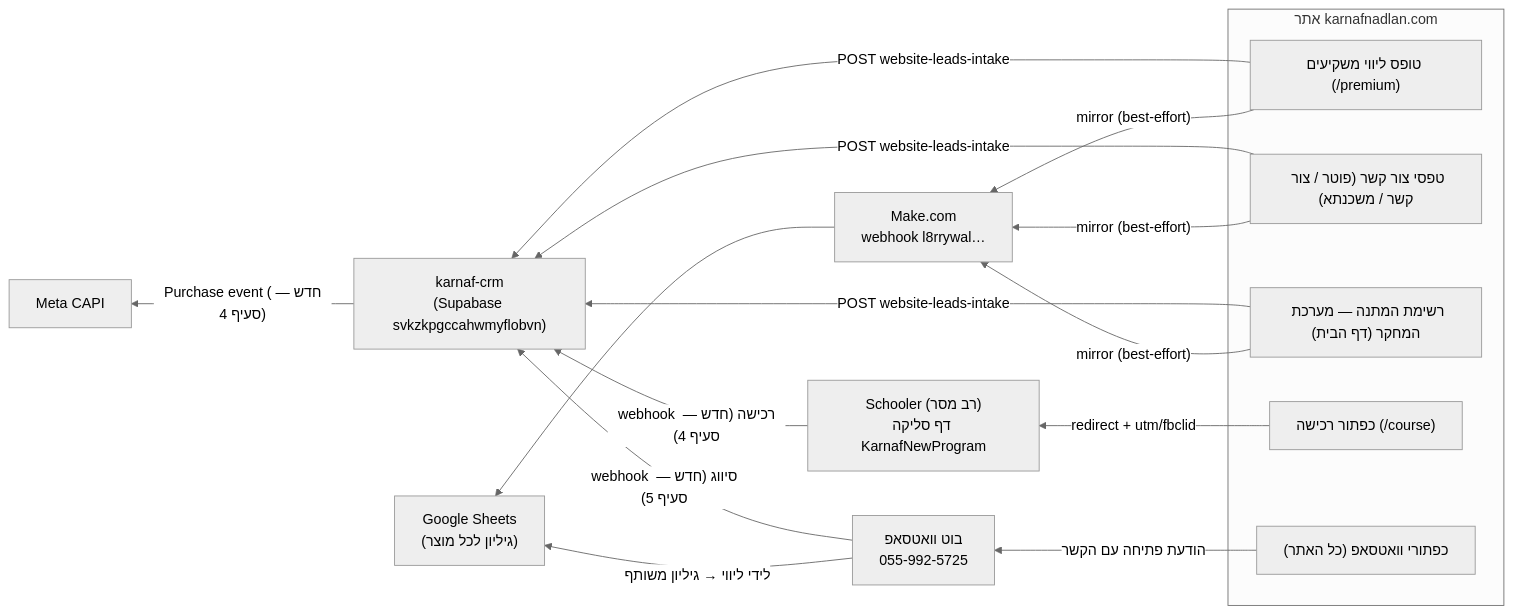
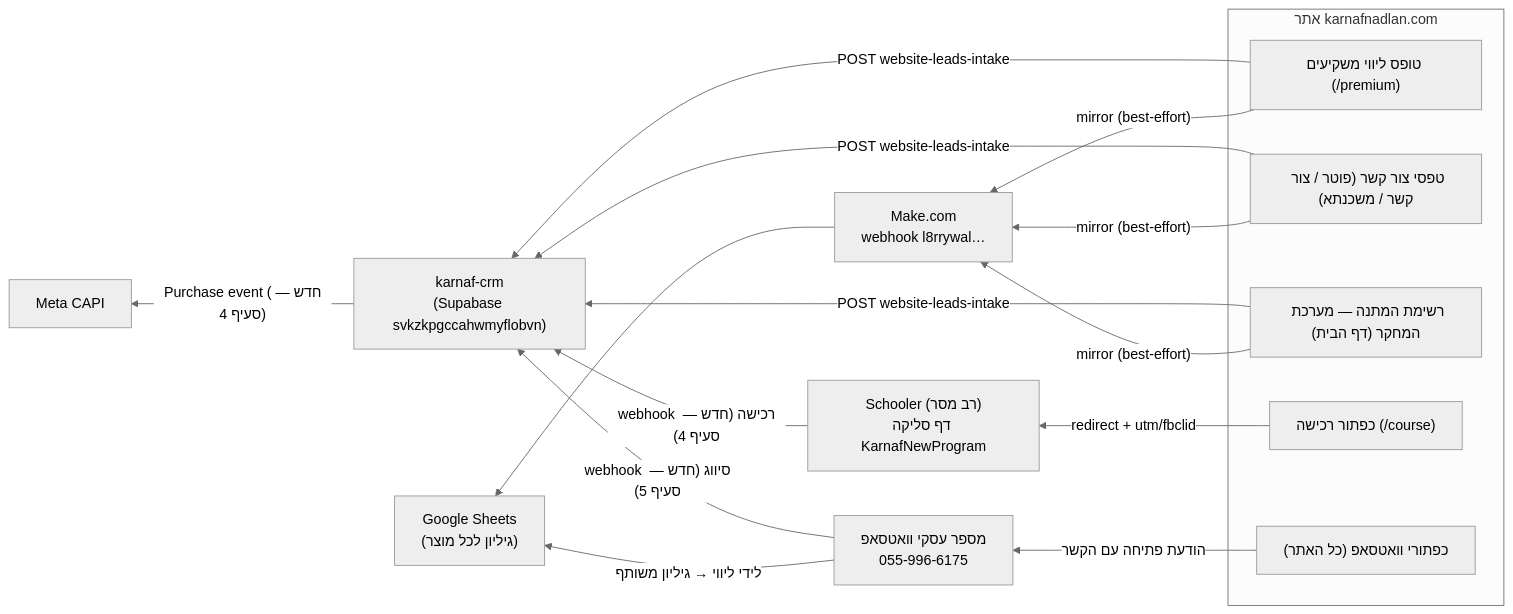
The diagram in docs/ARCHITECTURE-CRM-INTEGRATIONS.md (almog-hoc-org/karnaf_website), drawn with Mermaid (neutral theme) before and after one commit. The commit also changed other lines of this file and 1 other file, not shown here.

````diff
--- a/docs/ARCHITECTURE-CRM-INTEGRATIONS.md
+++ b/docs/ARCHITECTURE-CRM-INTEGRATIONS.md
@@ -11,26 +11,26 @@
 ```mermaid
 flowchart RL
   subgraph WEB["אתר karnafnadlan.com"]
     F1["טופס ליווי משקיעים (/premium)"]
     F2["טפסי צור קשר (פוטר / צור קשר / משכנתא)"]
     F3["רשימת המתנה — מערכת המחקר (דף הבית)"]
     B1["כפתור רכישה (/course)"]
     W1["כפתורי וואטסאפ (כל האתר)"]
   end
 
   SCHOOLER["Schooler (רב מסר)\nדף סליקה KarnafNewProgram"]
-  BOT["בוט וואטסאפ\n055-992-5725"]
+  BOT["מספר עסקי וואטסאפ\n055-996-6175"]
   MAKE["Make.com\nwebhook l8rrywal…"]
   SHEETS["Google Sheets\n(גיליון לכל מוצר)"]
   CRM["karnaf-crm\n(Supabase svkzkpgccahwmyflobvn)"]
   META["Meta CAPI"]
 
   F1 & F2 & F3 -->|"POST website-leads-intake"| CRM
   F1 & F2 & F3 -->|"mirror (best-effort)"| MAKE --> SHEETS
   B1 -->|"redirect + utm/fbclid"| SCHOOLER
   SCHOOLER -->|"webhook רכישה (חדש — סעיף 4)"| CRM
   CRM -->|"Purchase event (חדש — סעיף 4)"| META
   W1 -->|"הודעת פתיחה עם הקשר"| BOT
   BOT -->|"webhook סיווג (חדש — סעיף 5)"| CRM
   BOT -->|"לידי ליווי → גיליון משותף"| SHEETS
 ```
````
